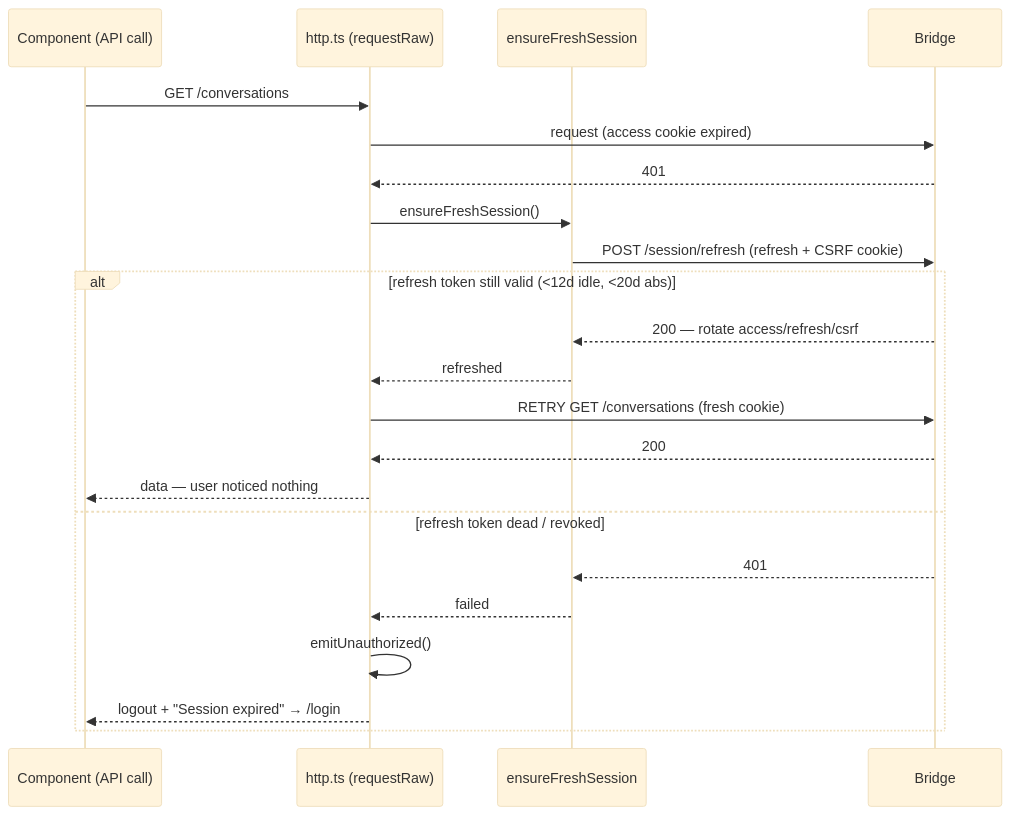
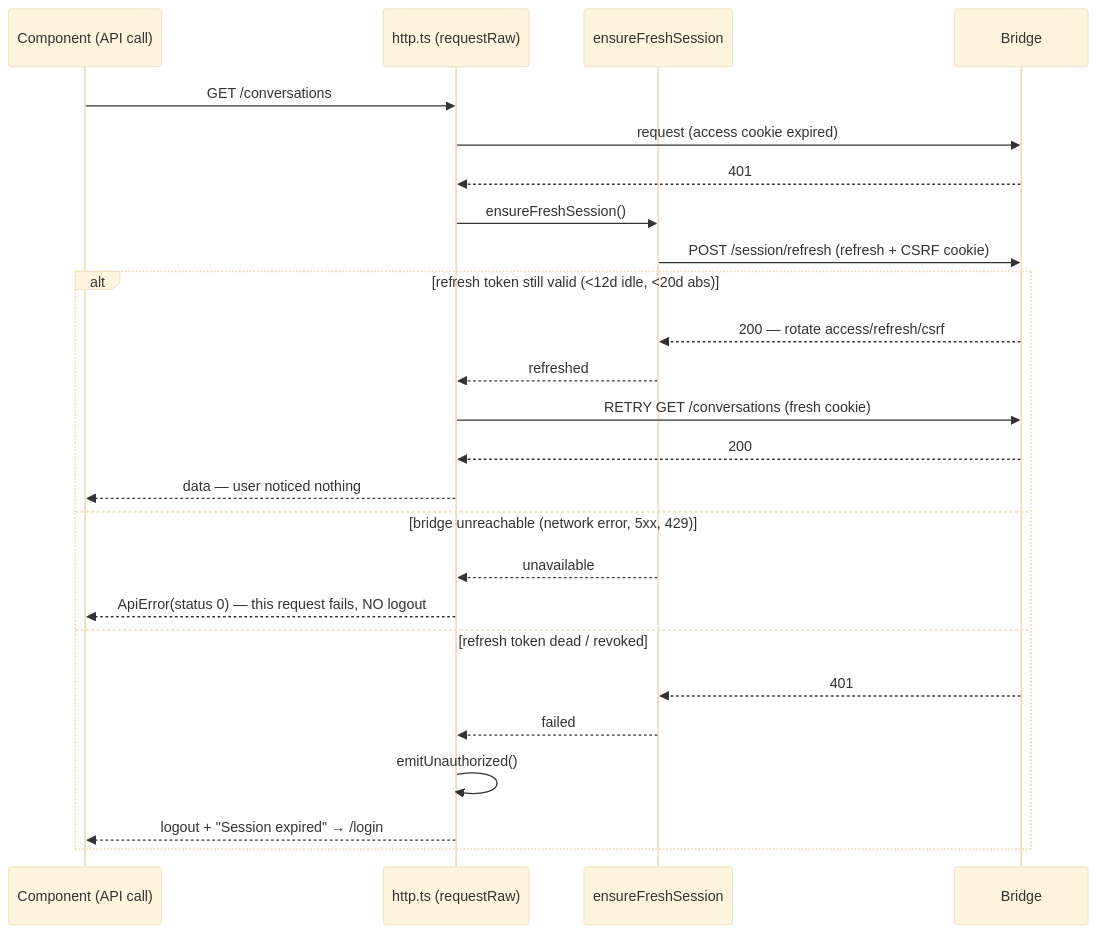
One commit to konstantinosmpouros/mAgenticX changed diagram 11 of 13 in docs/flows/authentication-and-session.md. Above: the diagram before and after it, drawn with Mermaid (base theme). The commit also changed other lines of this file and 10 other files, not shown here.

````diff
--- a/docs/flows/authentication-and-session.md
+++ b/docs/flows/authentication-and-session.md
@@ -364,25 +370,28 @@
    ```mermaid
    sequenceDiagram
        participant C as Component (API call)
        participant H as http.ts (requestRaw)
        participant R as ensureFreshSession
        participant B as Bridge
 
        C->>H: GET /conversations
        H->>B: request (access cookie expired)
        B-->>H: 401
        H->>R: ensureFreshSession()
        R->>B: POST /session/refresh (refresh + CSRF cookie)
        alt refresh token still valid (<12d idle, <20d abs)
            B-->>R: 200 — rotate access/refresh/csrf
            R-->>H: refreshed
            H->>B: RETRY GET /conversations (fresh cookie)
            B-->>H: 200
            H-->>C: data — user noticed nothing
+       else bridge unreachable (network error, 5xx, 429)
+           R-->>H: unavailable
+           H-->>C: ApiError(status 0) — this request fails, NO logout
        else refresh token dead / revoked
            B-->>R: 401
            R-->>H: failed
            H->>H: emitUnauthorized()
            H-->>C: logout + "Session expired" → /login
        end
    ```
````
